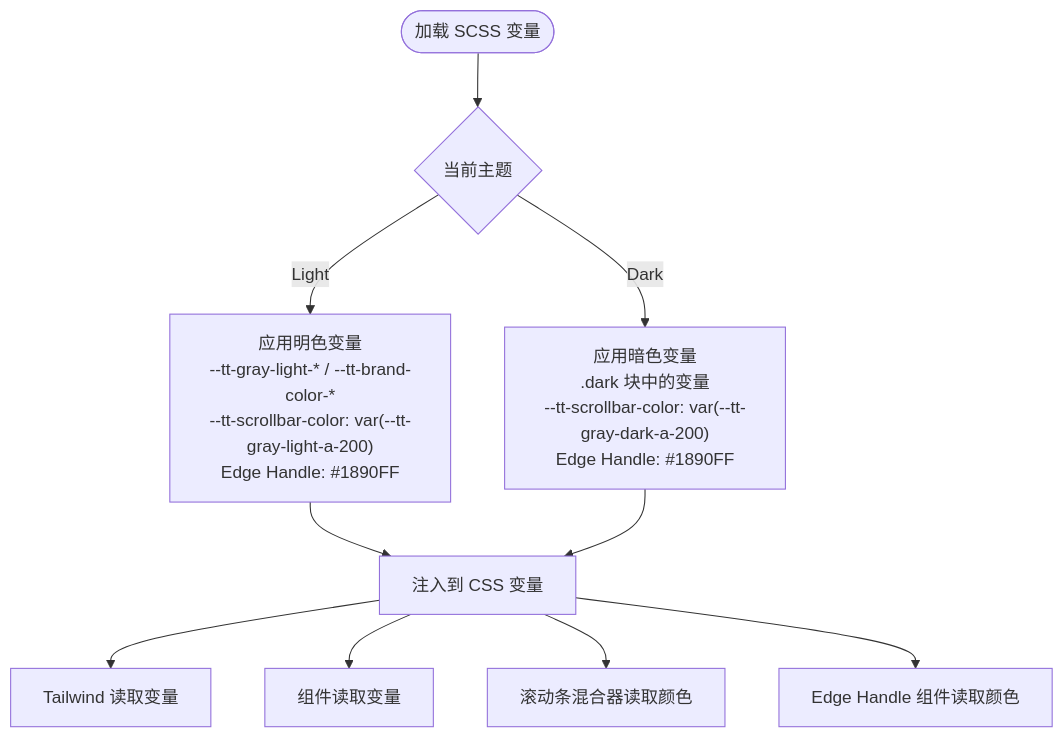
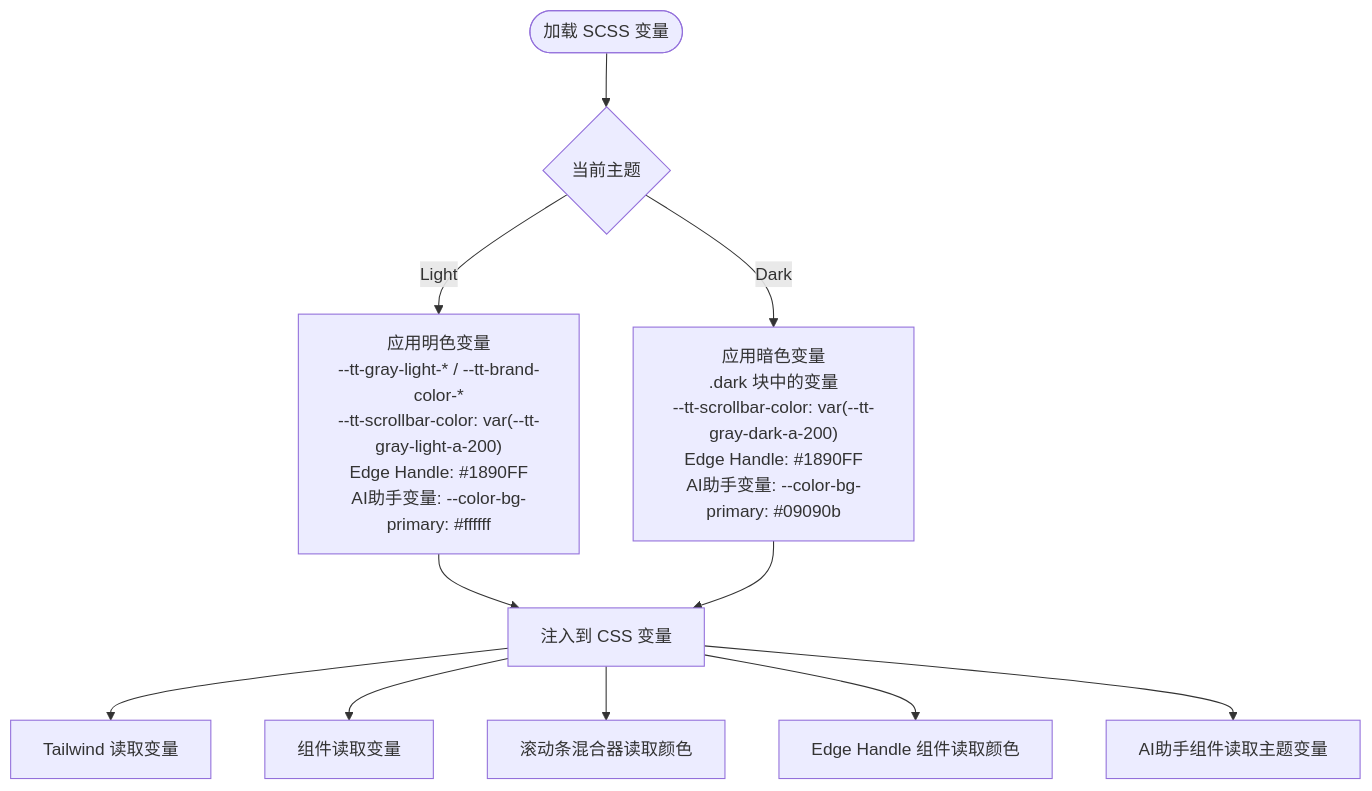
One commit to KunLabAI/KunFlix changed the fourth of 13 diagrams in .qoder/repowiki/zh/content/前端应用架构/UI组件库/主题与样式系统.md. Above: the diagram before and after it, drawn with Mermaid. The commit also changed other lines of this file and 14 other files, not shown here.

````diff
--- a/.qoder/repowiki/zh/content/前端应用架构/UI组件库/主题与样式系统.md
+++ b/.qoder/repowiki/zh/content/前端应用架构/UI组件库/主题与样式系统.md
@@ -254,12 +285,13 @@
 ```mermaid
 flowchart TD
 Start(["加载 SCSS 变量"]) --> Mode{"当前主题"}
-Mode --> |Light| ApplyLight["应用明色变量<br/>--tt-gray-light-* / --tt-brand-color-*<br/>--tt-scrollbar-color: var(--tt-gray-light-a-200)<br/>Edge Handle: #1890FF"]
-Mode --> |Dark| ApplyDark["应用暗色变量<br/>.dark 块中的变量<br/>--tt-scrollbar-color: var(--tt-gray-dark-a-200)<br/>Edge Handle: #1890FF"]
+Mode --> |Light| ApplyLight["应用明色变量<br/>--tt-gray-light-* / --tt-brand-color-*<br/>--tt-scrollbar-color: var(--tt-gray-light-a-200)<br/>Edge Handle: #1890FF<br/>AI助手变量: --color-bg-primary: #ffffff"]
+Mode --> |Dark| ApplyDark["应用暗色变量<br/>.dark 块中的变量<br/>--tt-scrollbar-color: var(--tt-gray-dark-a-200)<br/>Edge Handle: #1890FF<br/>AI助手变量: --color-bg-primary: #09090b"]
 ApplyLight --> Tokens["注入到 CSS 变量"]
 ApplyDark --> Tokens
 Tokens --> Tailwind["Tailwind 读取变量"]
 Tokens --> Components["组件读取变量"]
 Tokens --> Scrollbar["滚动条混合器读取颜色"]
 Tokens --> EdgeHandle["Edge Handle 组件读取颜色"]
+Tokens --> AIAssistant["AI助手组件读取主题变量"]
 ```
````
